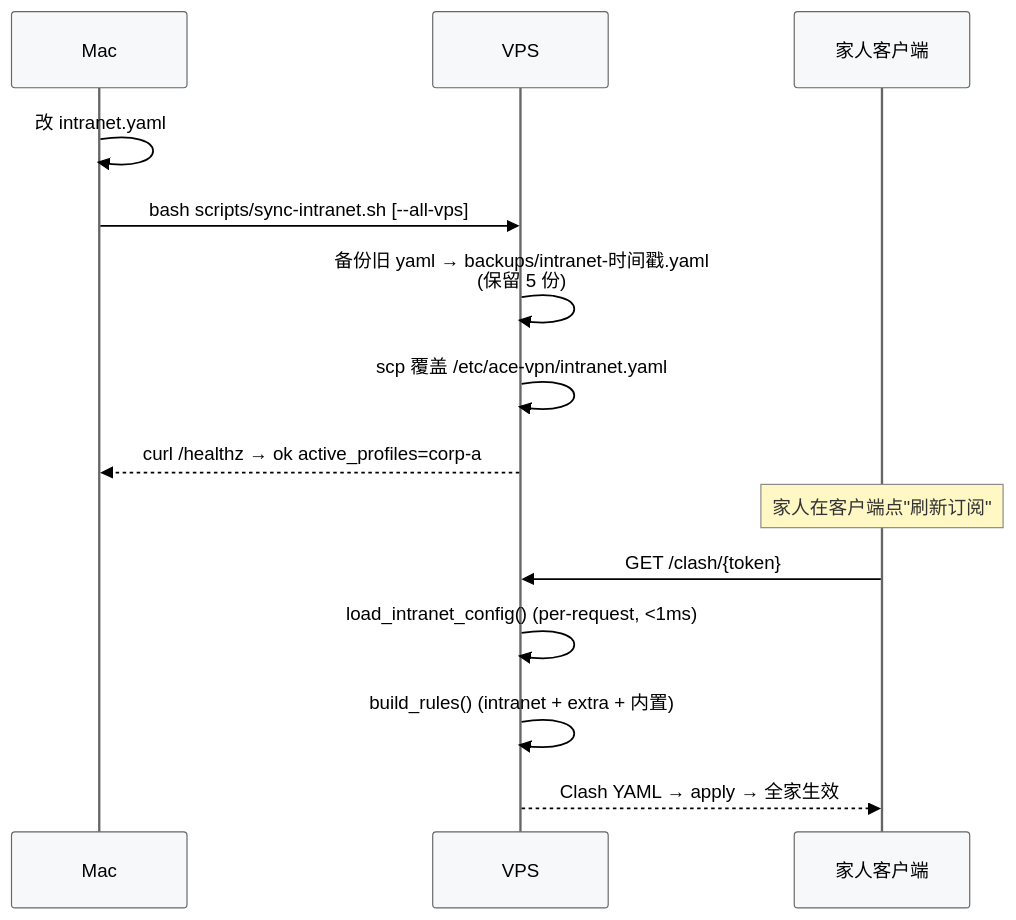
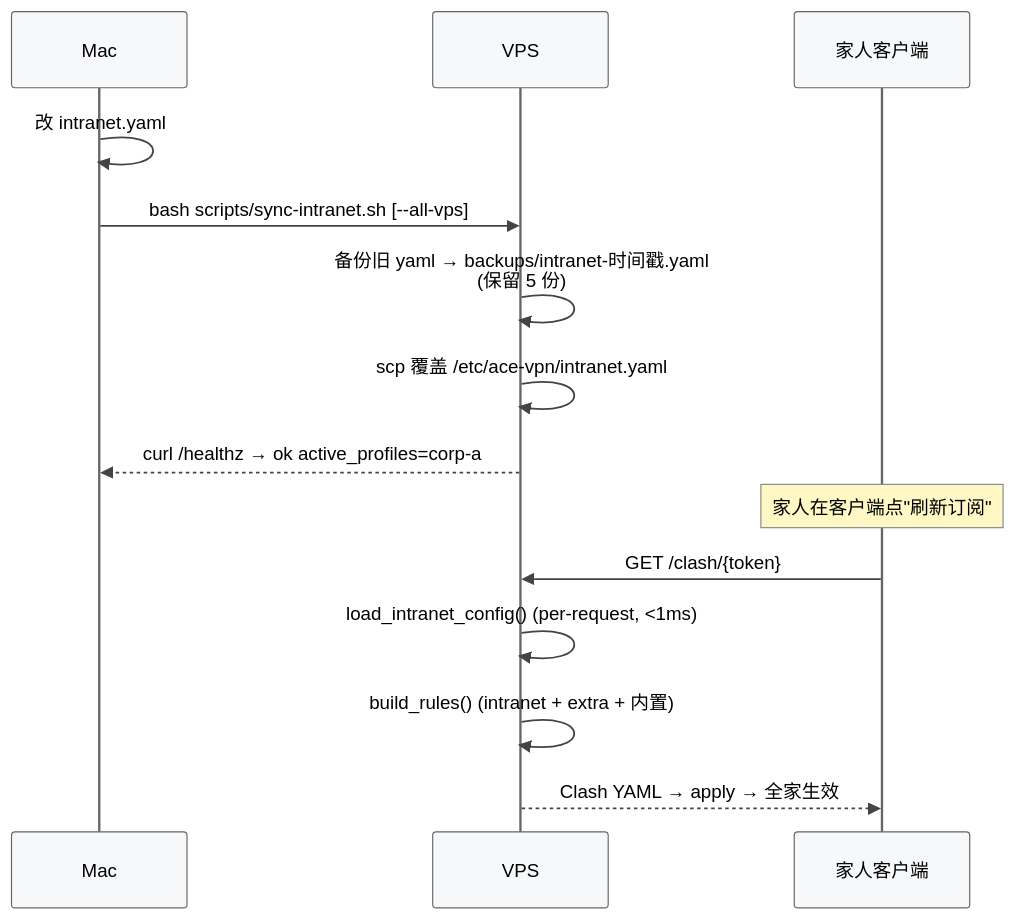
One commit to xiaonancs/ace-vpn changed the second of 6 diagrams in docs/ACE架构设计.md. Above: the diagram before and after it, drawn with Mermaid. The commit also changed other lines of this file, not shown here.

First line of the commit message:
docs: 让 Mermaid SVG 自带白色背景

````diff
--- a/docs/ACE架构设计.md
+++ b/docs/ACE架构设计.md
@@ -118,17 +118,17 @@
 ```mermaid
-%%{init: {'theme':'base', 'themeVariables':{'background':'#ffffff','primaryColor':'#ffffff','primaryTextColor':'#000000','primaryBorderColor':'#333333','lineColor':'#444444','actorBkg':'#f6f8fa','actorBorder':'#666666','noteBkgColor':'#fff8c5','noteBorderColor':'#888888'}}}%%
+%%{init: {"theme": "base", "themeCSS": "svg { background: #ffffff !important; } .label, .messageText, .loopText, .noteText, text { color: #000000 !important; fill: #000000 !important; }", "themeVariables": {"background": "#ffffff", "mainBkg": "#ffffff", "primaryColor": "#ffffff", "primaryTextColor": "#000000", "primaryBorderColor": "#333333", "lineColor": "#444444", "actorBkg": "#f6f8fa", "actorBorder": "#666666", "actorTextColor": "#000000", "activationBkgColor": "#ffffff", "activationBorderColor": "#333333", "noteBkgColor": "#fff8c5", "noteBorderColor": "#888888", "noteTextColor": "#000000", "signalColor": "#444444", "signalTextColor": "#000000"}}}%%
 sequenceDiagram
     participant Mac
     participant VPS
     participant Cli as 家人客户端
     Mac->>Mac: 改 intranet.yaml
     Mac->>VPS: bash scripts/sync-intranet.sh [--all-vps]
     VPS->>VPS: 备份旧 yaml → backups/intranet-时间戳.yaml<br/>(保留 5 份)
     VPS->>VPS: scp 覆盖 /etc/ace-vpn/intranet.yaml
     VPS-->>Mac: curl /healthz → ok active_profiles=corp-a
     Note over Cli: 家人在客户端点"刷新订阅"
     Cli->>VPS: GET /clash/{token}
     VPS->>VPS: load_intranet_config() (per-request, <1ms)
     VPS->>VPS: build_rules() (intranet + extra + 内置)
     VPS-->>Cli: Clash YAML → apply → 全家生效
 ```
````
